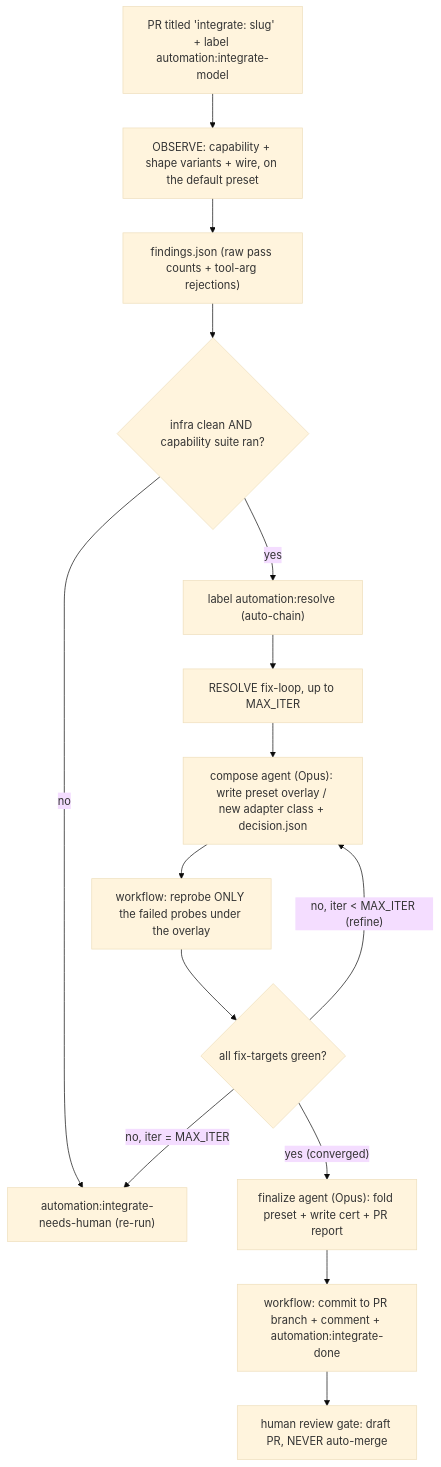
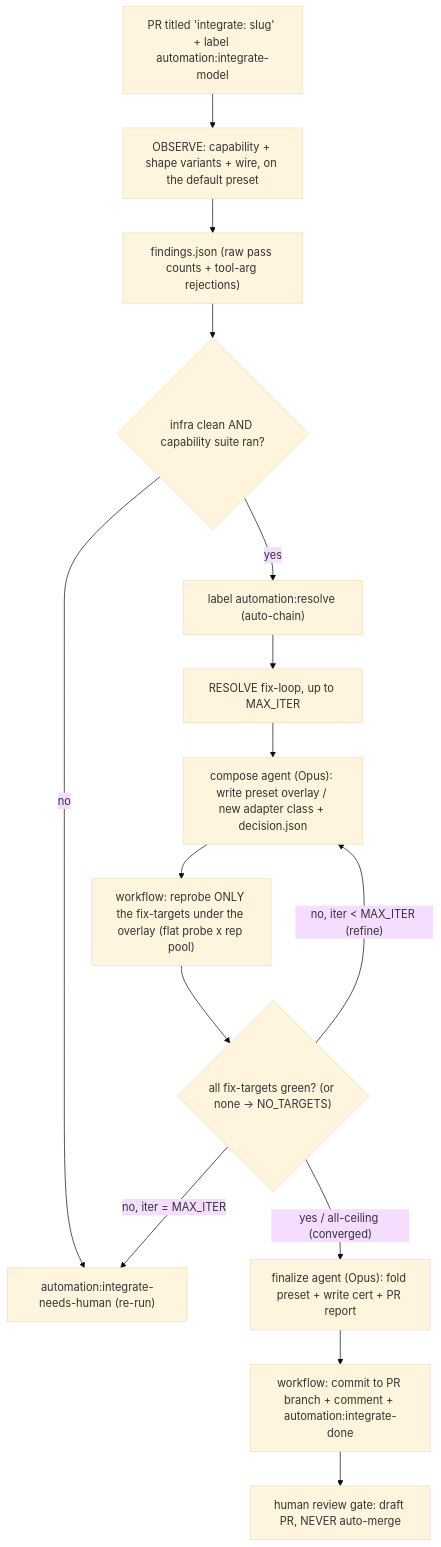
Before and after one commit to Toloka/tolokaforge: the diagram in docs/AUTO_INTEGRATION.md, drawn with Mermaid (base theme). The commit also changed other lines of this file and 2 other files, not shown here.

First line of the commit message:
perf(integration): speed up resolve reprobe (fix-targets only, flat probe x rep pool, wider parallelism)

````diff
--- a/docs/AUTO_INTEGRATION.md
+++ b/docs/AUTO_INTEGRATION.md
@@ -16,17 +16,17 @@
 ```mermaid
 flowchart TD
     A["PR titled 'integrate: slug' + label automation:integrate-model"] --> B["OBSERVE: capability + shape variants + wire, on the default preset"]
     B --> C["findings.json (raw pass counts + tool-arg rejections)"]
     C --> D{"infra clean AND capability suite ran?"}
     D -- "no" --> H["automation:integrate-needs-human (re-run)"]
     D -- "yes" --> E["label automation:resolve (auto-chain)"]
     E --> F["RESOLVE fix-loop, up to MAX_ITER"]
     F --> G["compose agent (Opus): write preset overlay / new adapter class + decision.json"]
-    G --> I["workflow: reprobe ONLY the failed probes under the overlay"]
-    I --> J{"all fix-targets green?"}
+    G --> I["workflow: reprobe ONLY the fix-targets under the overlay (flat probe x rep pool)"]
+    I --> J{"all fix-targets green? (or none -> NO_TARGETS)"}
     J -- "no, iter < MAX_ITER (refine)" --> G
     J -- "no, iter = MAX_ITER" --> H
-    J -- "yes (converged)" --> K["finalize agent (Opus): fold preset + write cert + PR report"]
+    J -- "yes / all-ceiling (converged)" --> K["finalize agent (Opus): fold preset + write cert + PR report"]
     K --> L["workflow: commit to PR branch + comment + automation:integrate-done"]
     L --> M["human review gate: draft PR, NEVER auto-merge"]
 ```
````
